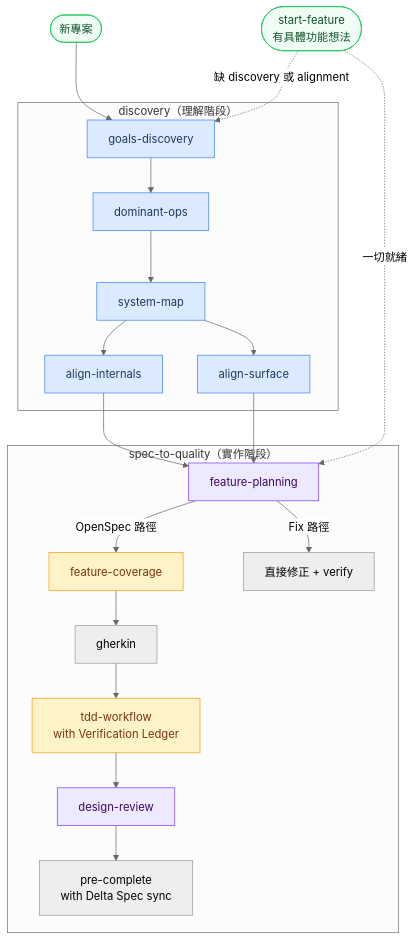
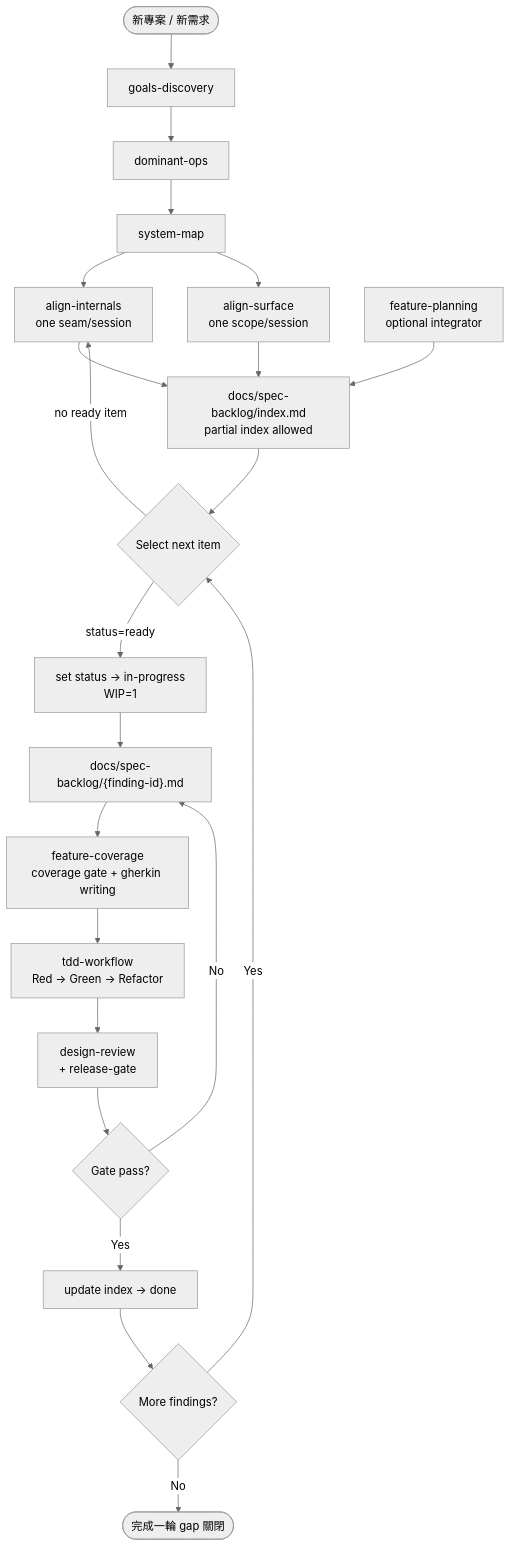
Before and after one commit to class83108/spec-to-quality: the diagram in plugins/insight-to-quality/CLAUDE.md, drawn with Mermaid (neutral theme). The commit also changed other lines of this file and 21 other files, not shown here.

Commit message:
refactor workflow to spec-backlog with derivation rules

````diff
--- a/plugins/insight-to-quality/CLAUDE.md
+++ b/plugins/insight-to-quality/CLAUDE.md
@@ -11,34 +12,30 @@
 ```mermaid
 flowchart TD
-    subgraph discovery["discovery（理解階段）"]
-        G[goals-discovery] --> D[dominant-ops]
-        D --> S[system-map]
-        S --> AI[align-internals]
-        S --> AS[align-surface]
-    end
+    NEW([新專案 / 新需求]) --> G[goals-discovery]
+    G --> D[dominant-ops]
+    D --> S[system-map]
 
-    AI & AS --> FP
+    S --> AI[align-internals<br/>one seam/session]
+    S --> AS[align-surface<br/>one scope/session]
 
-    subgraph impl["spec-to-quality（實作階段）"]
-        FP[feature-planning] -->|OpenSpec 路徑| FC[feature-coverage]
-        FP -->|Fix 路徑| FIX[直接修正 + verify]
-        FC --> GH[gherkin]
-        GH --> TDD[tdd-workflow<br/>with Verification Ledger]
-        TDD --> DR[design-review]
-        DR --> PC[pre-complete<br/>with Delta Spec sync]
-    end
+    AI --> IDX[docs/spec-backlog/index.md<br/>partial index allowed]
+    AS --> IDX
+    FP[feature-planning<br/>optional integrator] --> IDX
 
-    NEW([新專案]) --> G
-    SF([start-feature<br/>有具體功能想法]) -.->|缺 discovery 或 alignment| G
-    SF -.->|一切就緒| FP
+    IDX --> SEL{Select next item}
+    SEL -->|status=ready| IP[set status -> in-progress<br/>WIP=1]
+    SEL -->|no ready item| AI
 
-    classDef am fill:#dbeafe,stroke:#3b82f6,color:#1e3a5f
-    classDef im fill:#fef3c7,stroke:#f59e0b,color:#78350f
-    classDef both fill:#ede9fe,stroke:#7c3aed,color:#3b0764
-    classDef entry fill:#f0fdf4,stroke:#22c55e,color:#14532d
+    IP --> CARD["docs/spec-backlog/{finding-id}.md"]
+    CARD --> FC[feature-coverage<br/>coverage gate + gherkin writing]
+    FC --> TDD[tdd-workflow<br/>Red -> Green -> Refactor]
+    TDD --> DR[design-review<br/>+ release-gate]
 
-    class G,D,S,AI,AS am
-    class FC,TDD im
-    class FP,DR both
-    class NEW,SF entry
+    DR --> DONE{Gate pass?}
+    DONE -->|Yes| IDXDONE[update index -> done]
+    DONE -->|No| CARD
+
+    IDXDONE --> NEXT{More findings?}
+    NEXT -->|Yes| SEL
+    NEXT -->|No| END([完成一輪 gap 關閉])
 ```
````
